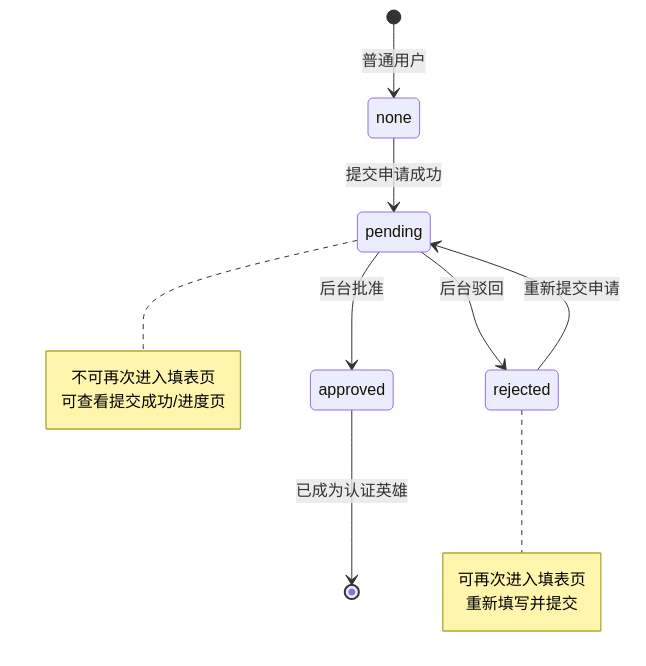
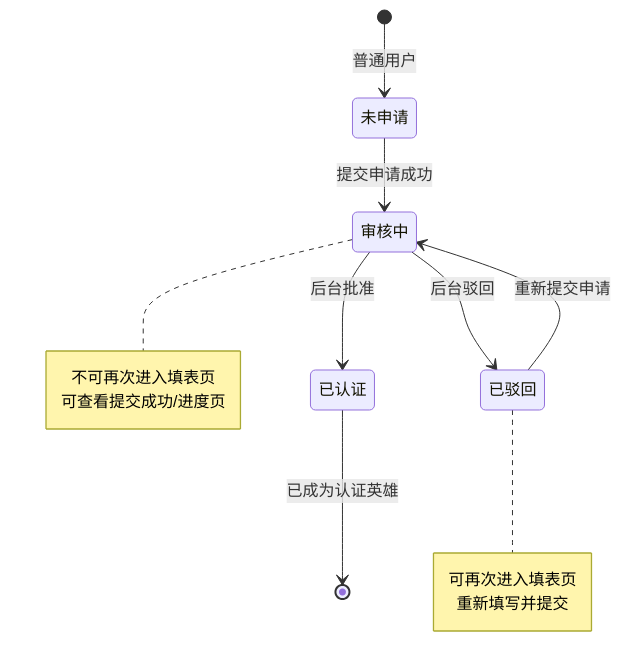
The diagram in docs/miniprogram/pages/申请成为英雄.md (cgd1093702532-star/personal-site), drawn with Mermaid before and after one commit. The commit also changed other lines of this file and 216 other files, not shown here.

````diff
--- a/docs/miniprogram/pages/申请成为英雄.md
+++ b/docs/miniprogram/pages/申请成为英雄.md
@@ -93,19 +119,19 @@
 ```mermaid
 stateDiagram-v2
-  [*] --> none: 普通用户
-  none --> pending: 提交申请成功
-  rejected --> pending: 重新提交申请
-  pending --> approved: 后台批准
-  pending --> rejected: 后台驳回
-  approved --> [*]: 已成为认证英雄
+  [*] --> 未申请: 普通用户
+  未申请 --> 审核中: 提交申请成功
+  已驳回 --> 审核中: 重新提交申请
+  审核中 --> 已认证: 后台批准
+  审核中 --> 已驳回: 后台驳回
+  已认证 --> [*]: 已成为认证英雄
 
-  note right of pending
+  note right of 审核中
     不可再次进入填表页
     可查看提交成功/进度页
   end note
 
-  note right of rejected
+  note right of 已驳回
     可再次进入填表页
     重新填写并提交
   end note
 ```
````
